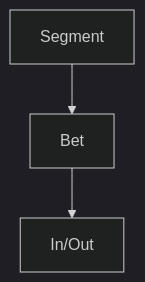
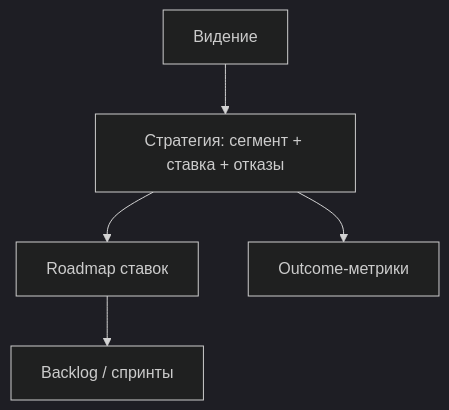
Before and after one commit to AlexanderNY/cursor_test: the diagram in nine-to-eighteen/ui/src/data/learn/product/pm05-product-strategy.md, drawn with Mermaid (dark theme). The commit also changed other lines of this file and 3060 other files, not shown here.

````diff
--- a/nine-to-eighteen/ui/src/data/learn/product/pm05-product-strategy.md
+++ b/nine-to-eighteen/ui/src/data/learn/product/pm05-product-strategy.md
@@ -58,5 +96,7 @@
 ```mermaid
 flowchart TB
-  Seg[Segment] --> Bet[Bet]
-  Bet --> Scope[In/Out]
+  Vision[Видение] --> Strategy[Стратегия: сегмент + ставка + отказы]
+  Strategy --> Roadmap[Roadmap ставок]
+  Roadmap --> Backlog[Backlog / спринты]
+  Strategy --> Metrics[Outcome-метрики]
 ```
````
